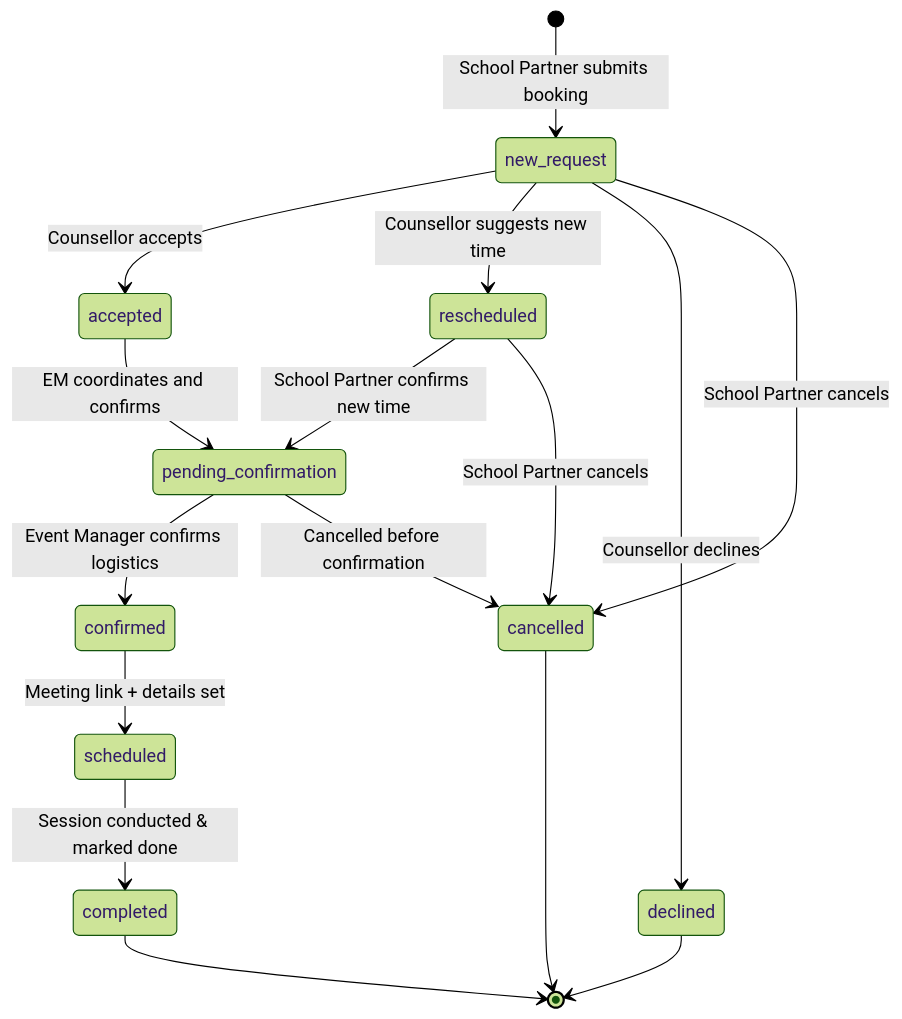
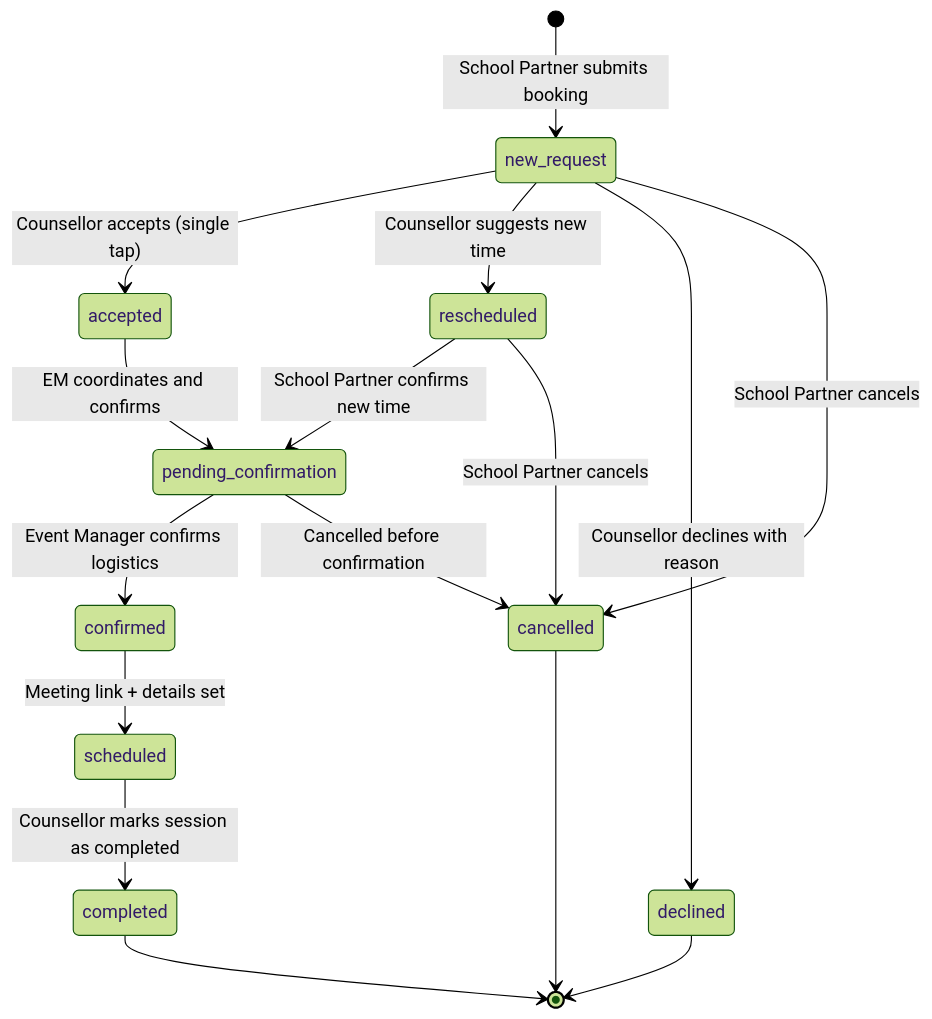
Before and after one commit to punjabiwelfare01/NGO_APP: the seventh of 15 diagrams in application_usage_guide.md, drawn with Mermaid (forest theme). The commit also changed other lines of this file and 166 other files, not shown here.

````diff
--- a/application_usage_guide.md
+++ b/application_usage_guide.md
@@ -213,24 +217,24 @@
 ```mermaid
 stateDiagram-v2
     [*] --> new_request : School Partner submits booking
 
-    new_request --> accepted      : Counsellor accepts
+    new_request --> accepted      : Counsellor accepts (single tap)
     new_request --> rescheduled   : Counsellor suggests new time
-    new_request --> declined      : Counsellor declines
+    new_request --> declined      : Counsellor declines with reason
     new_request --> cancelled     : School Partner cancels
 
     rescheduled --> pending_confirmation : School Partner confirms new time
     rescheduled --> cancelled            : School Partner cancels
 
     pending_confirmation --> confirmed : Event Manager confirms logistics
     pending_confirmation --> cancelled : Cancelled before confirmation
 
     accepted --> pending_confirmation : EM coordinates and confirms
 
     confirmed --> scheduled  : Meeting link + details set
-    scheduled --> completed  : Session conducted & marked done
+    scheduled --> completed  : Counsellor marks session as completed
     completed --> [*]
 
     declined  --> [*]
     cancelled --> [*]
 ```
````
